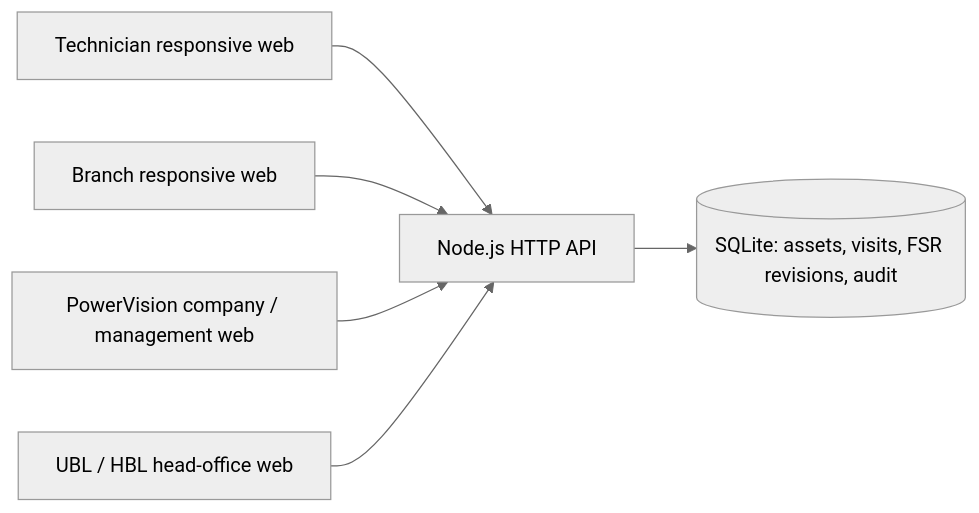
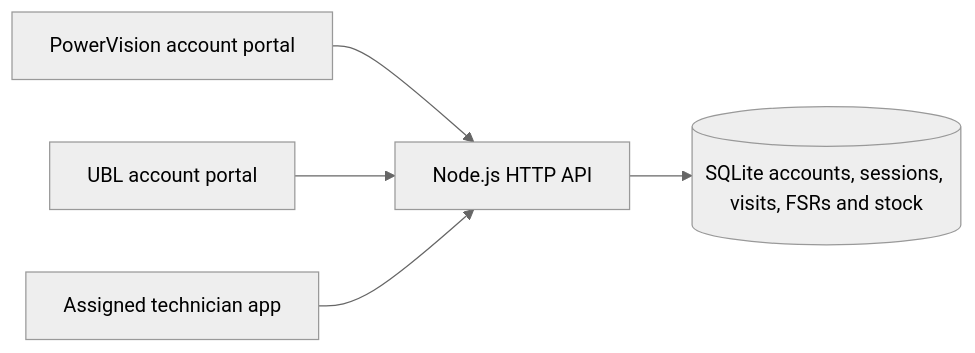
The diagram in docs/architecture.md (millitatechsolutions/AMC-APP), drawn with Mermaid (neutral theme) before and after one commit. The commit also changed other lines of this file and 43 other files, not shown here.

Commit message:
Add registered PowerVision and UBL portals with private technician access

````diff
--- a/docs/architecture.md
+++ b/docs/architecture.md
@@ -5,8 +5,7 @@
 ```mermaid
 flowchart LR
-  T[Technician responsive web] --> A[Node.js HTTP API]
-  B[Branch responsive web] --> A
-  H[PowerVision company / management web] --> A
-  C[UBL / HBL head-office web] --> A
-  A --> D[(SQLite: assets, visits, FSR revisions, audit)]
+  P[PowerVision account portal] --> A[Node.js HTTP API]
+  U[UBL account portal] --> A
+  T[Assigned technician app] --> A
+  A --> S[(SQLite accounts, sessions, visits, FSRs and stock)]
 ```
````
